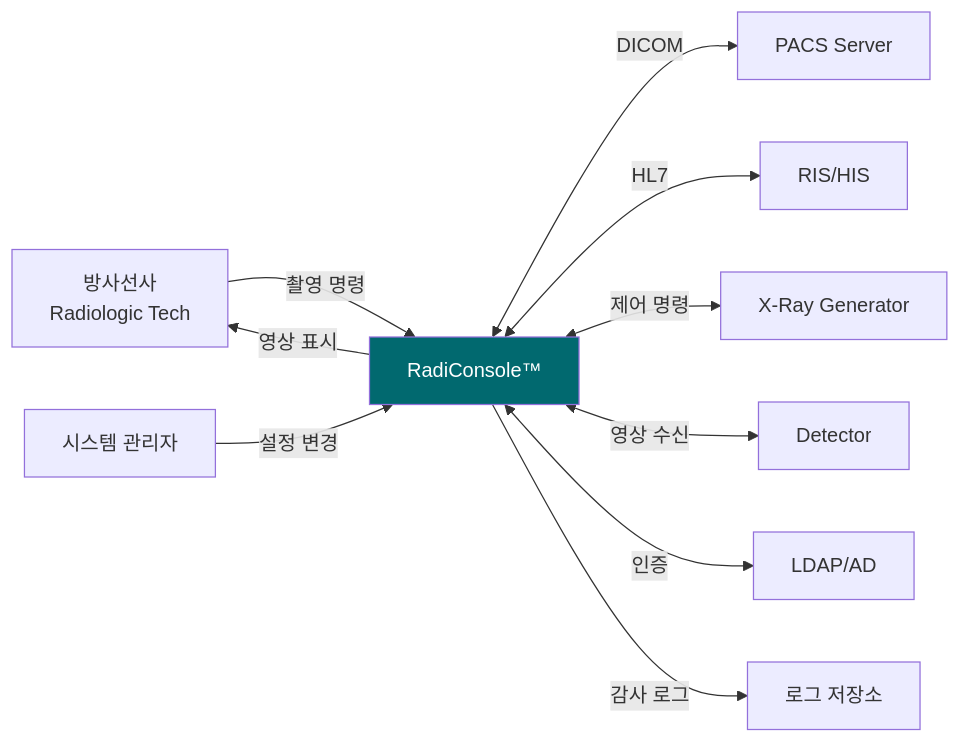
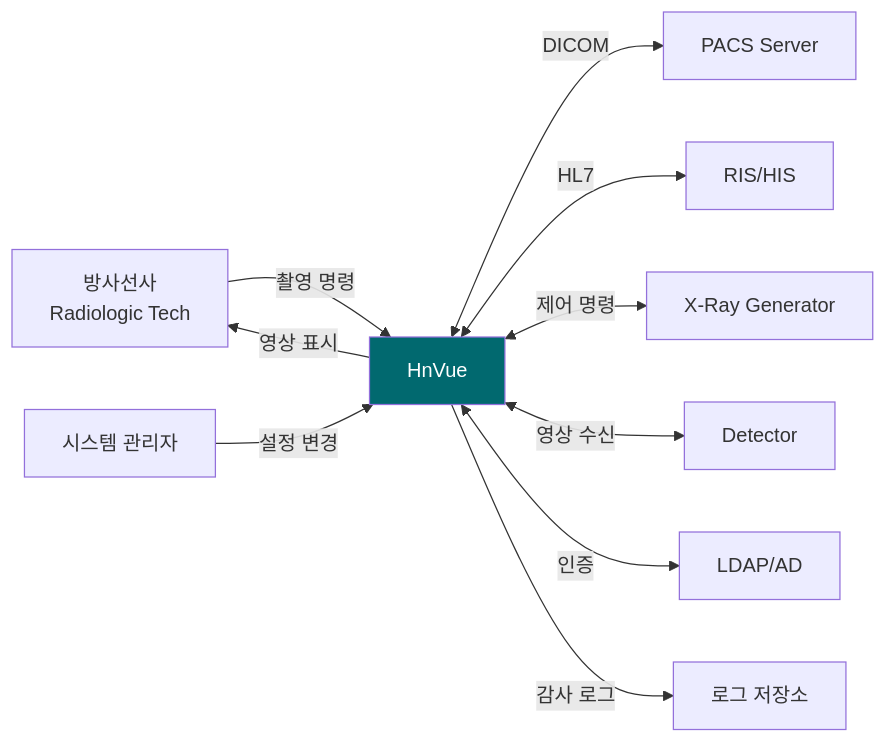
The second of 7 diagrams in docs/risk/DOC-017_ThreatModel_v1.0.md (holee9/console-gui), drawn with Mermaid before and after one commit. The commit also changed other lines of this file and 34 other files, not shown here.

First line of the commit message:
fix: RadiConsole → HnVue 전체 일괄 변경 (35개 파일, 300건+)

````diff
--- a/docs/risk/DOC-017_ThreatModel_v1.0.md
+++ b/docs/risk/DOC-017_ThreatModel_v1.0.md
@@ -163,14 +163,14 @@
 ```mermaid
 graph LR
-    RT[방사선사<br/>Radiologic Tech] -->|촬영 명령| RC[RadiConsole™]
+    RT[방사선사<br/>Radiologic Tech] -->|촬영 명령| RC[HnVue]
     RC -->|영상 표시| RT
     RC <-->|DICOM| PACS[PACS Server]
     RC <-->|HL7| RIS[RIS/HIS]
     RC <-->|제어 명령| XGEN[X-Ray Generator]
     RC <-->|영상 수신| DET[Detector]
     RC <-->|인증| LDAP[LDAP/AD]
     ADMIN[시스템 관리자] -->|설정 변경| RC
     RC -->|감사 로그| LOG[로그 저장소]
     
     style RC fill:#01696F,color:#fff
 ```
````
